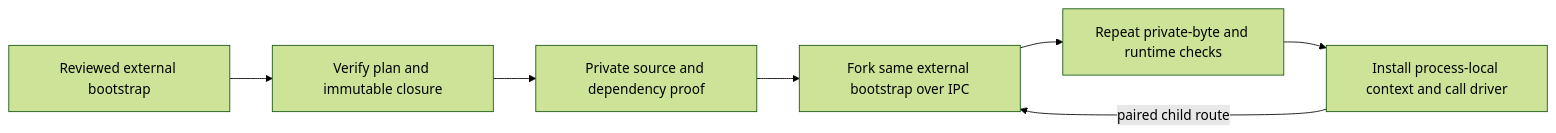
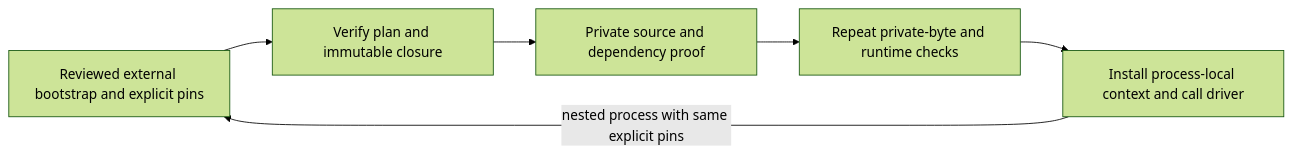
The fourth of 4 diagrams in specs/bugbot-review-state-reconciliation.md (vypdev/copilot), drawn with Mermaid (forest theme) before and after one commit. The commit also changed other lines of this file and 19 other files, not shown here.

Commit message:
bugfix-970-bind-bugbot-qualification-execution-to-the-pinned-source-and-sanitized-git-environment: require complete reviewed launch in every process (#970)

````diff
--- a/specs/bugbot-review-state-reconciliation.md
+++ b/specs/bugbot-review-state-reconciliation.md
@@ -2602,9 +2612,8 @@
 ```mermaid
 flowchart LR
-  A[Reviewed external bootstrap] --> B[Verify plan and immutable closure]
+  A[Reviewed external bootstrap and explicit pins] --> B[Verify plan and immutable closure]
   B --> C[Private source and dependency proof]
-  C --> D[Fork same external bootstrap over IPC]
-  D --> E[Repeat private-byte and runtime checks]
-  E --> F[Install process-local context and call driver]
-  F -->|paired child route| D
+  C --> D[Repeat private-byte and runtime checks]
+  D --> E[Install process-local context and call driver]
+  E -->|nested process with same explicit pins| A
 ```
````
